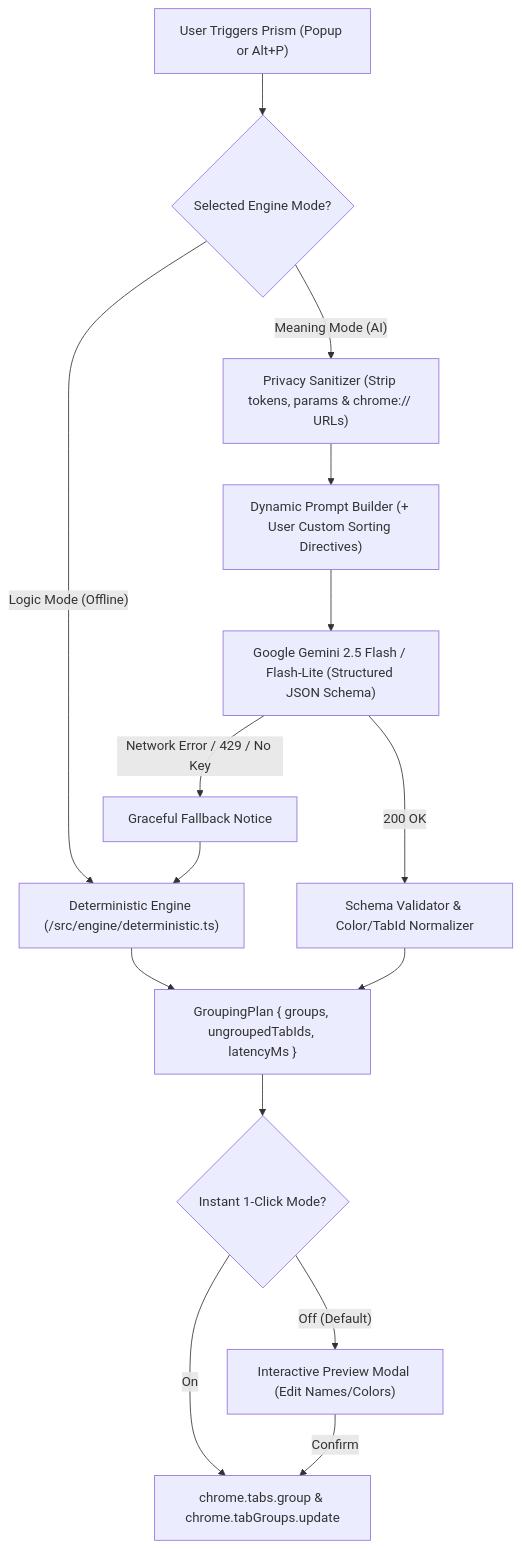
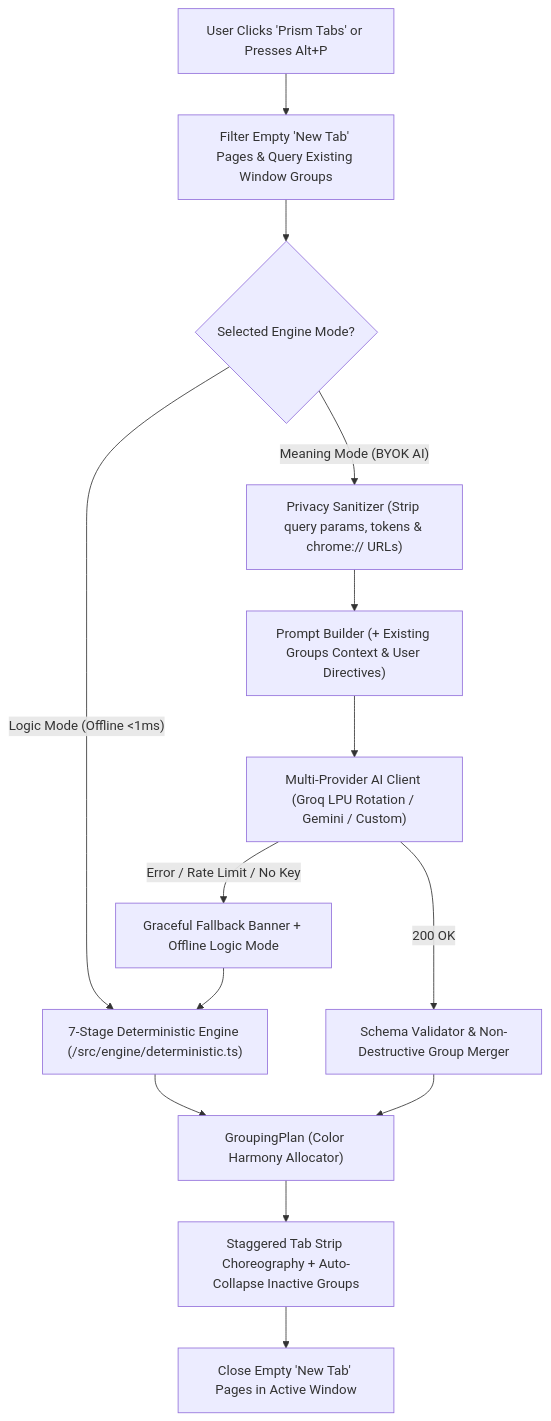
The diagram in README.md (vagram-karapetyan/prism-tabs), drawn with Mermaid before and after one commit. The commit also changed other lines of this file and 11 other files, not shown here.

Commit message:
chore(release): v1.1.0 code cleanup, live group sync, background hotkey fix, and GitHub release docs

````diff
--- a/README.md
+++ b/README.md
@@ -41,22 +28,21 @@
 ```mermaid
 flowchart TD
-    User["User Triggers Prism (Popup or Alt+P)"] --> ModeCheck{"Selected Engine Mode?"}
+    User["User Clicks 'Prism Tabs' or Presses Alt+P"] --> EmptyFilter["Filter Empty 'New Tab' Pages & Query Existing Window Groups"]
+    EmptyFilter --> ModeCheck{"Selected Engine Mode?"}
 
-    ModeCheck -- "Logic Mode (Offline)" --> DetEngine["Deterministic Engine (/src/engine/deterministic.ts)"]
-    ModeCheck -- "Meaning Mode (AI)" --> Sanitizer["Privacy Sanitizer (Strip tokens, params & chrome:// URLs)"]
+    ModeCheck -- "Logic Mode (Offline <1ms)" --> DetEngine["7-Stage Deterministic Engine (/src/engine/deterministic.ts)"]
+    ModeCheck -- "Meaning Mode (BYOK AI)" --> Sanitizer["Privacy Sanitizer (Strip query params, tokens & chrome:// URLs)"]
 
-    Sanitizer --> PromptBuilder["Dynamic Prompt Builder (+ User Custom Sorting Directives)"]
-    PromptBuilder --> GeminiAPI["Google Gemini 2.5 Flash / Flash-Lite (Structured JSON Schema)"]
+    Sanitizer --> PromptBuilder["Prompt Builder (+ Existing Groups Context & User Directives)"]
+    PromptBuilder --> AIClient["Multi-Provider AI Client (Groq LPU Rotation / Gemini / Custom)"]
 
-    GeminiAPI -- "200 OK" --> Validator["Schema Validator & Color/TabId Normalizer"]
-    GeminiAPI -- "Network Error / 429 / No Key" --> Fallback["Graceful Fallback Notice"]
+    AIClient -- "200 OK" --> Validator["Schema Validator & Non-Destructive Group Merger"]
+    AIClient -- "Error / Rate Limit / No Key" --> Fallback["Graceful Fallback Banner + Offline Logic Mode"]
     Fallback --> DetEngine
 
-    DetEngine --> Plan["GroupingPlan { groups, ungroupedTabIds, latencyMs }"]
+    DetEngine --> Plan["GroupingPlan (Color Harmony Allocator)"]
     Validator --> Plan
 
-    Plan --> ExecCheck{"Instant 1-Click Mode?"}
-    ExecCheck -- "Off (Default)" --> PreviewUI["Interactive Preview Modal (Edit Names/Colors)"]
-    ExecCheck -- "On" --> ChromeAPI["chrome.tabs.group & chrome.tabGroups.update"]
-    PreviewUI -- "Confirm" --> ChromeAPI
+    Plan --> Choreography["Staggered Tab Strip Choreography + Auto-Collapse Inactive Groups"]
+    Choreography --> Cleanup["Close Empty 'New Tab' Pages in Active Window"]
 ```
````
